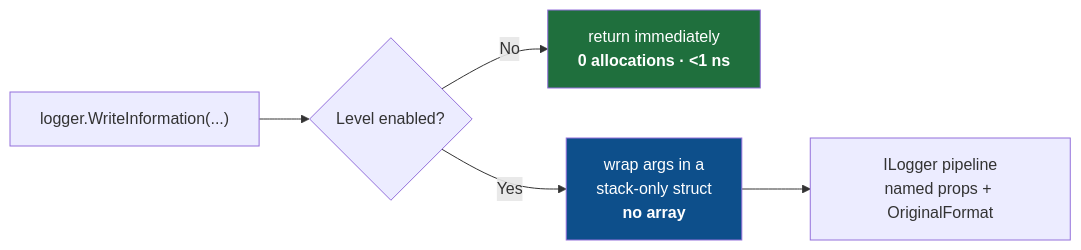
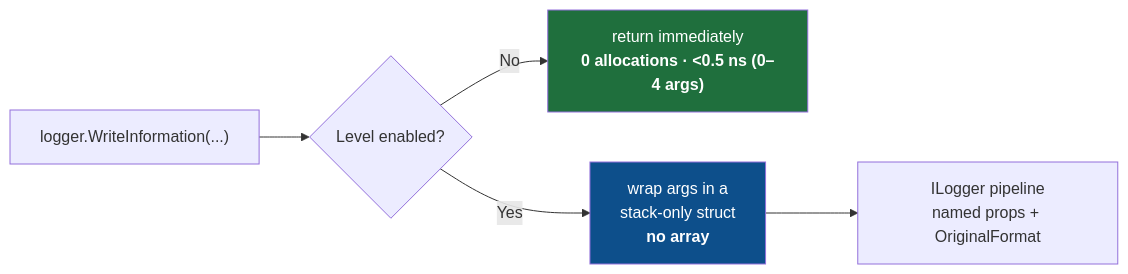
Before and after one commit to gcfernando/nilog: the diagram in README.md, drawn with Mermaid. The commit also changed other lines of this file and 19 other files, not shown here.

````diff
--- a/README.md
+++ b/README.md
@@ -816,9 +909,9 @@
 ```mermaid
 flowchart LR
     A["logger.WriteInformation(...)"] --> B{"Level enabled?"}
-    B -- No --> C["return immediately<br/><b>0 allocations · &lt;1 ns</b>"]
+    B -- No --> C["return immediately<br/><b>0 allocations · &lt;0.5 ns (0–4 args)</b>"]
     B -- Yes --> D["wrap args in a<br/>stack-only struct<br/><b>no array</b>"]
     D --> E["ILogger pipeline<br/>named props + OriginalFormat"]
     style C fill:#1f6f3d,color:#fff
     style D fill:#0d4f8b,color:#fff
 ```
````
